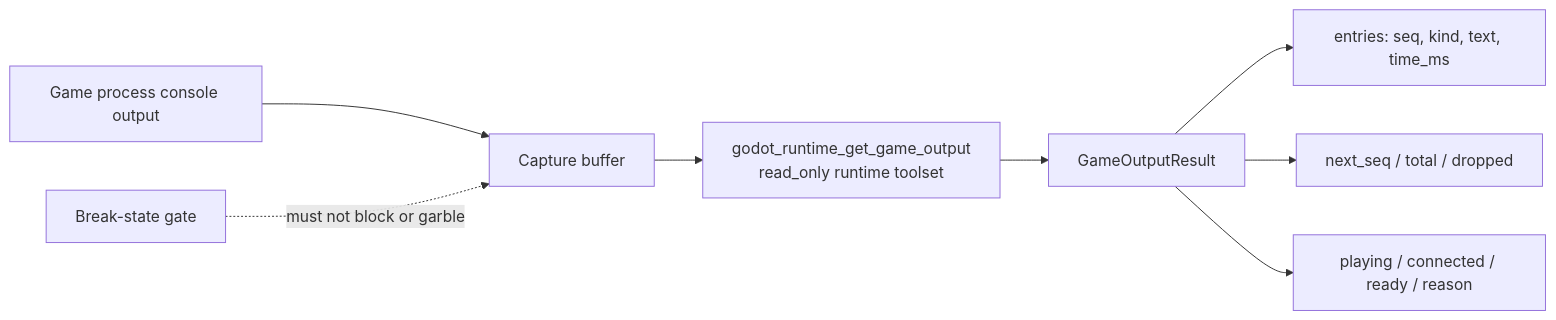
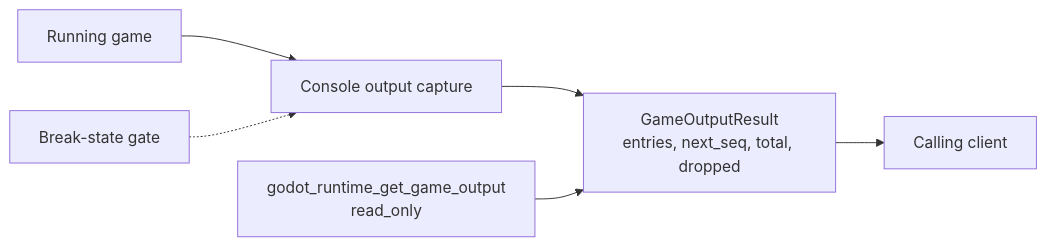
Before and after one commit to hybridindie/wiki-fabric: the diagram in wiki/topics/game-output-capture.md, drawn with Mermaid. The commit also changed other lines of this file and 43 other files, not shown here.

````diff
--- a/wiki/topics/game-output-capture.md
+++ b/wiki/topics/game-output-capture.md
@@ -34,10 +32,8 @@
 ```mermaid
 flowchart LR
-    A[Game process console output] --> B[Capture buffer]
-    B --> C[godot_runtime_get_game_output<br/>read_only runtime toolset]
-    C --> D[GameOutputResult]
-    D --> E[entries: seq, kind, text, time_ms]
-    D --> F[next_seq / total / dropped]
-    D --> G[playing / connected / ready / reason]
-    H[Break-state gate] -.->|must not block or garble| B
+    Game[Running game] --> Capture[Console output capture]
+    Capture --> Result[GameOutputResult<br/>entries, next_seq, total, dropped]
+    Tool[godot_runtime_get_game_output<br/>read_only] --> Result
+    Result --> Client[Calling client]
+    Gate[Break-state gate] -.-> Capture
 ```
````
